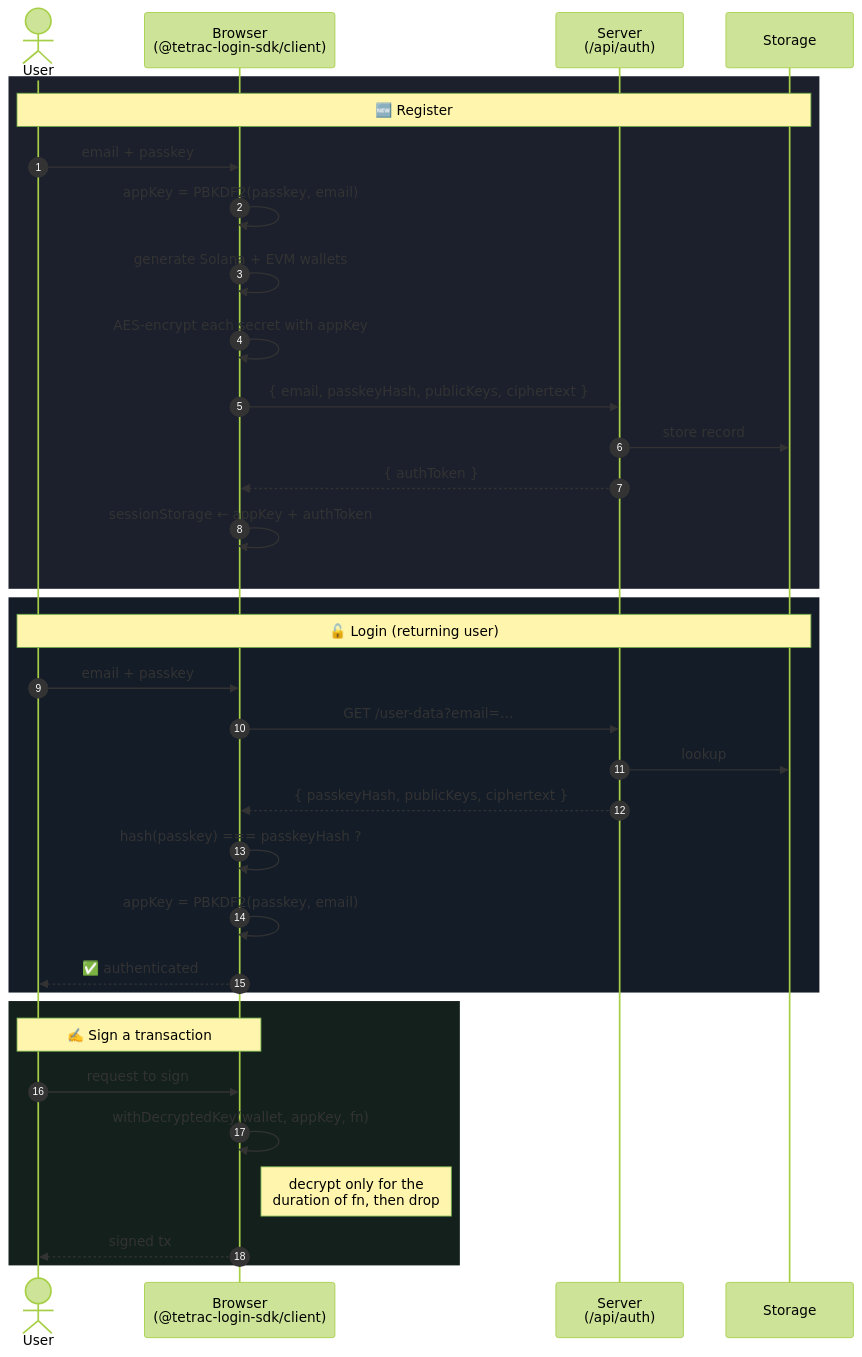
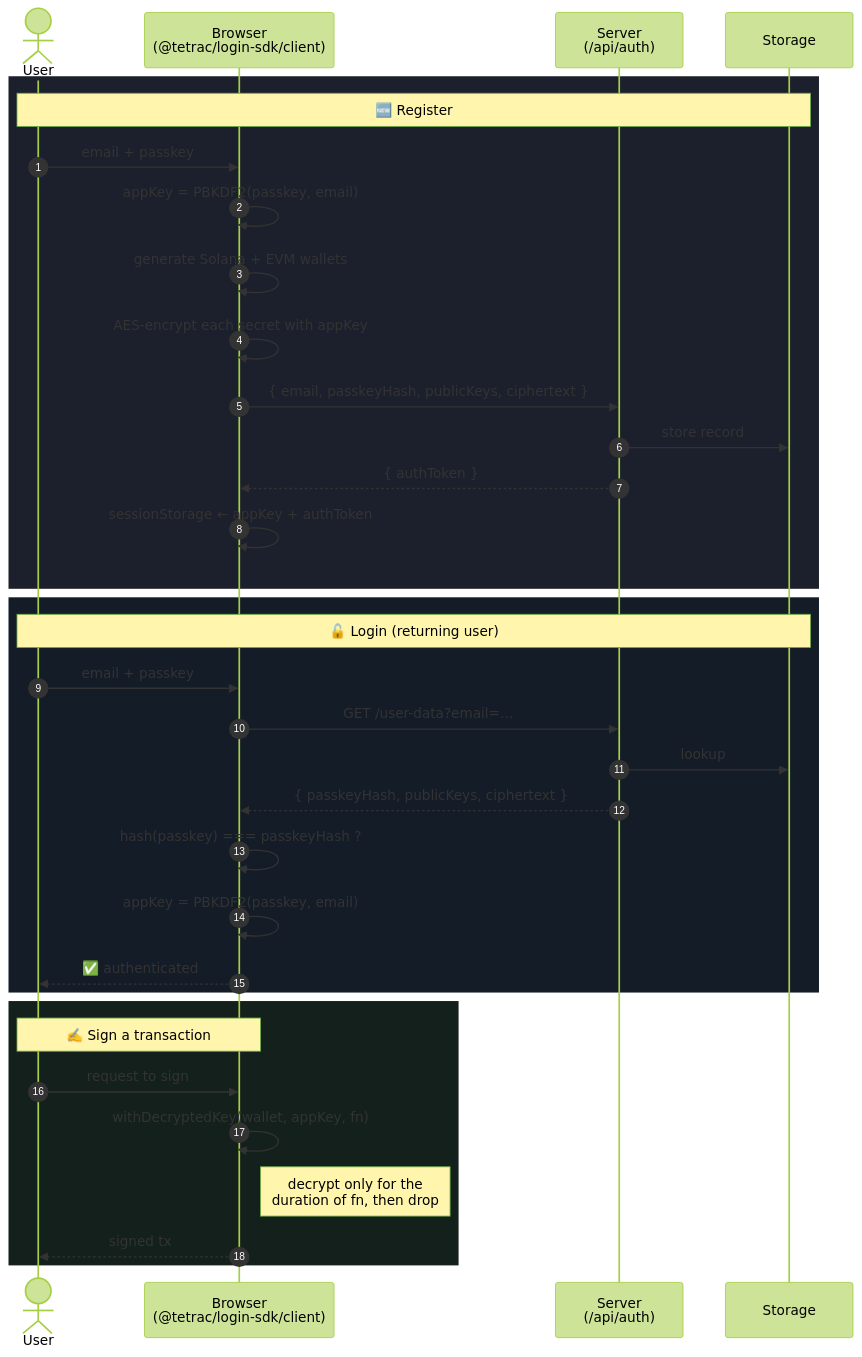
One commit to tetrac-official/tetrac-login-sdk-demo changed the third of 3 diagrams in README.md. Above: the diagram before and after it, drawn with Mermaid (forest theme). The commit also changed other lines of this file and 6 other files, not shown here.

````diff
--- a/README.md
+++ b/README.md
@@ -165,39 +157,39 @@
 ```mermaid
 sequenceDiagram
   autonumber
   actor U as User
-  participant B as Browser<br/>(@tetrac-login-sdk/client)
+  participant B as Browser<br/>(@tetrac/login-sdk/client)
   participant S as Server<br/>(/api/auth)
   participant DB as Storage
 
   rect rgb(28,32,44)
   Note over U,DB: 🆕 Register
   U->>B: email + passkey
   B->>B: appKey = PBKDF2(passkey, email)
   B->>B: generate Solana + EVM wallets
   B->>B: AES-encrypt each secret with appKey
   B->>S: { email, passkeyHash, publicKeys, ciphertext }
   S->>DB: store record
   S-->>B: { authToken }
   B->>B: sessionStorage ← appKey + authToken
   end
 
   rect rgb(20,28,40)
   Note over U,DB: 🔓 Login (returning user)
   U->>B: email + passkey
   B->>S: GET /user-data?email=…
   S->>DB: lookup
   S-->>B: { passkeyHash, publicKeys, ciphertext }
   B->>B: hash(passkey) === passkeyHash ?
   B->>B: appKey = PBKDF2(passkey, email)
   B-->>U: ✅ authenticated
   end
 
   rect rgb(20,32,28)
   Note over U,B: ✍️ Sign a transaction
   U->>B: request to sign
   B->>B: withDecryptedKey(wallet, appKey, fn)
   Note right of B: decrypt only for the<br/>duration of fn, then drop
   B-->>U: signed tx
   end
 ```
````
